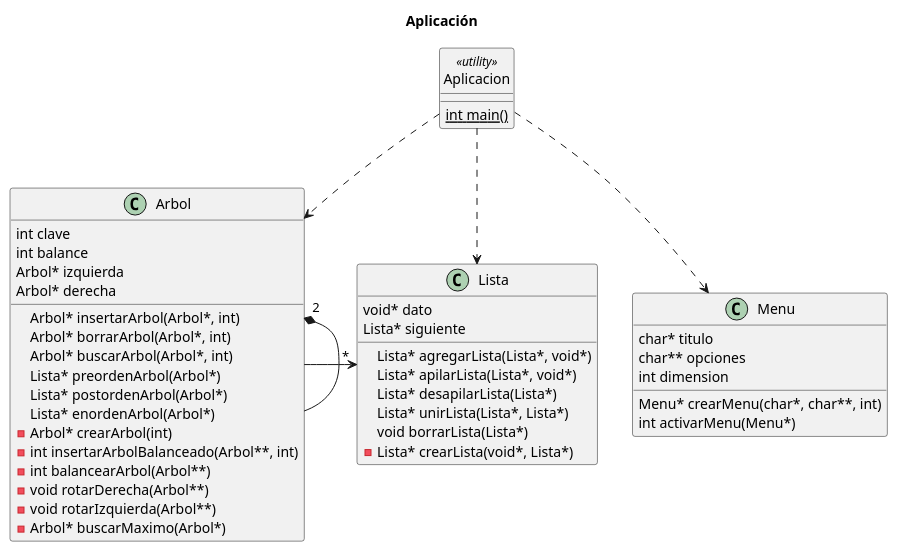
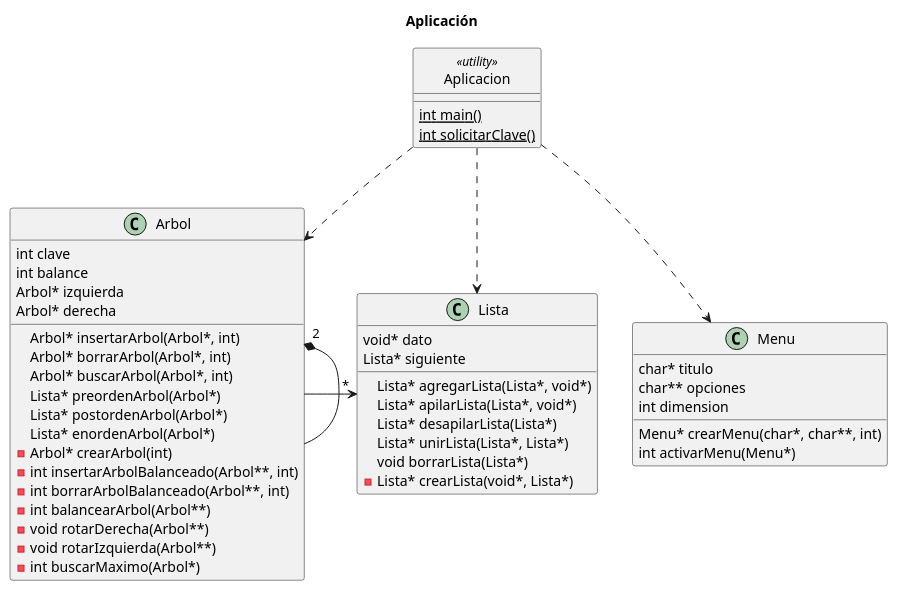
One commit to HeraclitoDeEfeso/ayp3-tp2 changed the diagram in diagrama.puml. Above: the diagram before and after it, drawn with PlantUML.

Commit message:
UML: completo Aplicacion, corrijo AVL

```diff
--- a/diagrama.puml
+++ b/diagrama.puml
@@ -1,55 +1,57 @@
 @startuml
 
 title Aplicación
 
 class Arbol {
     int clave
     int balance
     Arbol* izquierda
     Arbol* derecha
     Arbol* insertarArbol(Arbol*, int)
     Arbol* borrarArbol(Arbol*, int)
     Arbol* buscarArbol(Arbol*, int)
     Lista* preordenArbol(Arbol*)
     Lista* postordenArbol(Arbol*)
     Lista* enordenArbol(Arbol*)
     -Arbol* crearArbol(int)
     -int insertarArbolBalanceado(Arbol**, int)
+    -int borrarArbolBalanceado(Arbol**, int)
     -int balancearArbol(Arbol**)
     -void rotarDerecha(Arbol**)
     -void rotarIzquierda(Arbol**)
-    -Arbol* buscarMaximo(Arbol*)
+    -int buscarMaximo(Arbol*)
 }
 
 class Lista {
     void* dato
     Lista* siguiente
     Lista* agregarLista(Lista*, void*)
     Lista* apilarLista(Lista*, void*)
     Lista* desapilarLista(Lista*)
     Lista* unirLista(Lista*, Lista*)
     void borrarLista(Lista*)
     -Lista* crearLista(void*, Lista*)
 }
 
 class Menu {
     char* titulo
     char** opciones
     int dimension
     Menu* crearMenu(char*, char**, int)
     int activarMenu(Menu*)
 }
 
 class Aplicacion <<utility>> {
     {static} int main()
+    {static} int solicitarClave()
 }
 
 Arbol "2" *-- Arbol
 Lista "*" <-left- Arbol
 Menu <.up. Aplicacion
 Arbol <.up. Aplicacion
 Lista <.up. Aplicacion
 
 hide <<utility>> circle
 
 @enduml
```
